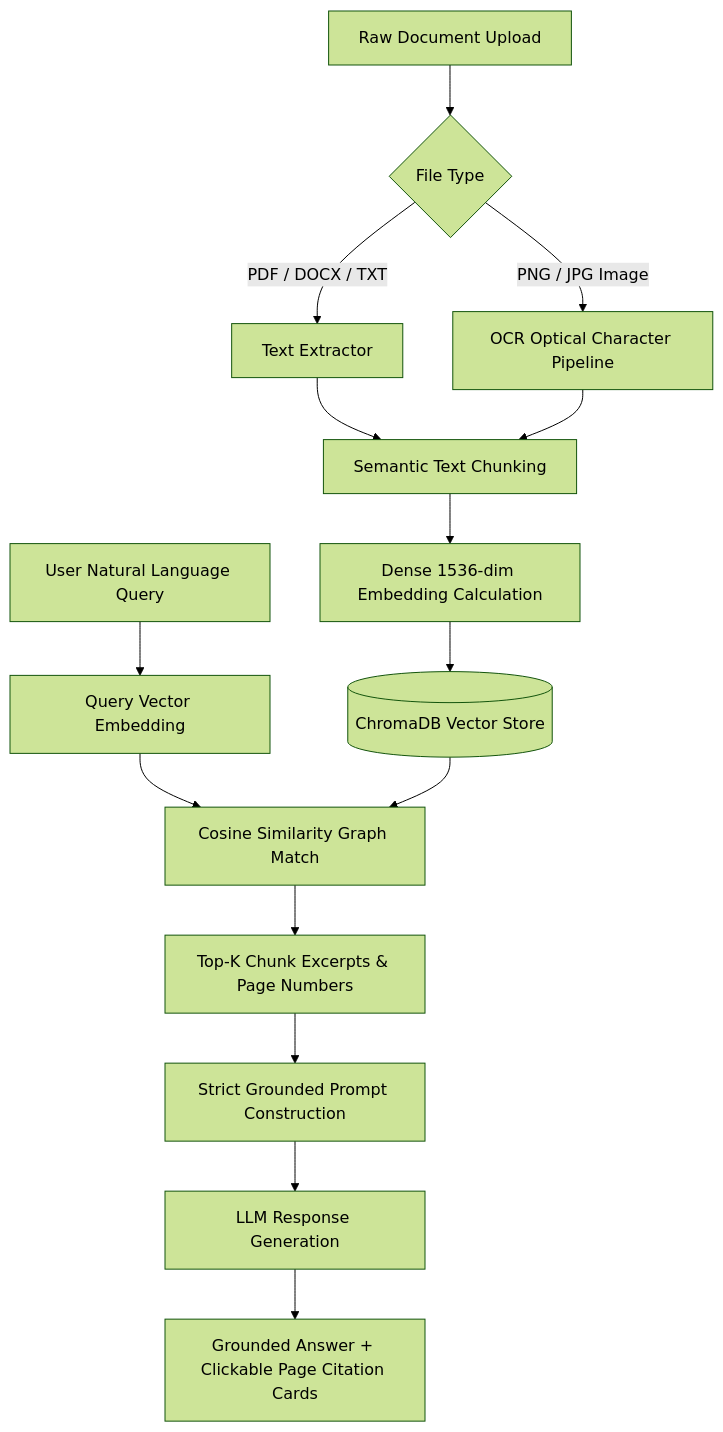
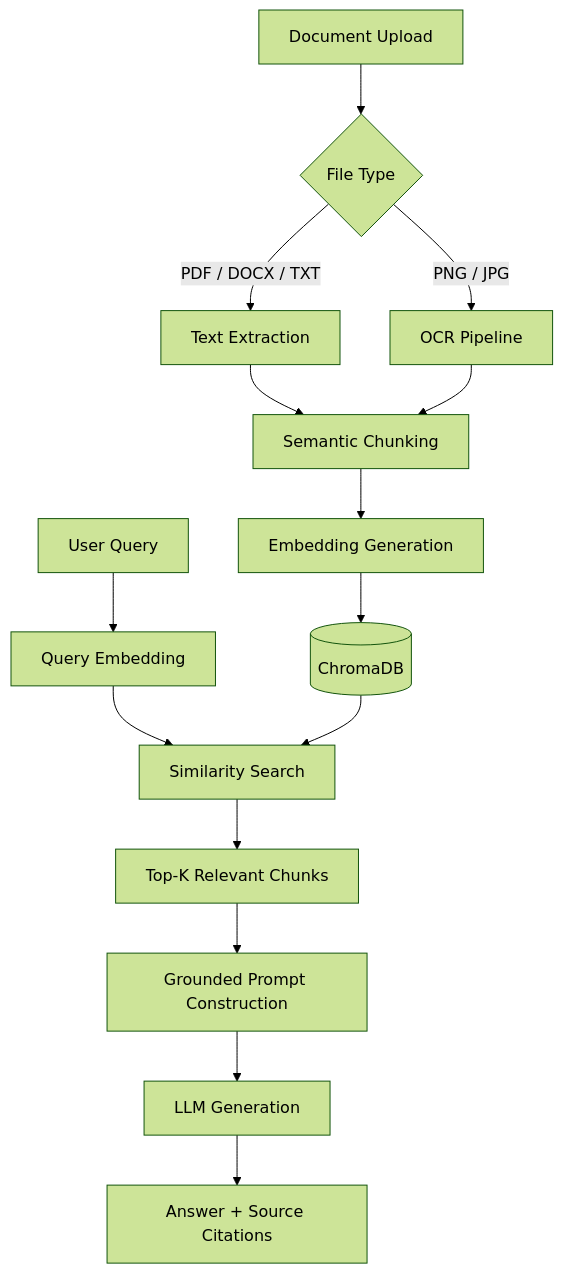
One commit to JaswanthG-10/iris-ai-document-reade changed the second of 3 diagrams in README.md. Above: the diagram before and after it, drawn with Mermaid (forest theme). The commit also changed other lines of this file, not shown here.

````diff
--- a/README.md
+++ b/README.md
@@ -133,18 +170,22 @@
 ```mermaid
 graph TD
-    A[Raw Document Upload] --> B{File Type}
-    B -- PDF / DOCX / TXT --> C[Text Extractor]
-    B -- PNG / JPG Image --> D[OCR Optical Character Pipeline]
-    C --> E[Semantic Text Chunking]
+    A[Document Upload] --> B{File Type}
+
+    B -->|PDF / DOCX / TXT| C[Text Extraction]
+    B -->|PNG / JPG| D[OCR Pipeline]
+
+    C --> E[Semantic Chunking]
     D --> E
-    E --> F[Dense 1536-dim Embedding Calculation]
-    F --> G[(ChromaDB Vector Store)]
 
-    H[User Natural Language Query] --> I[Query Vector Embedding]
-    I --> J[Cosine Similarity Graph Match]
+    E --> F[Embedding Generation]
+    F --> G[(ChromaDB)]
+
+    H[User Query] --> I[Query Embedding]
+    I --> J[Similarity Search]
     G --> J
-    J --> K[Top-K Chunk Excerpts & Page Numbers]
-    K --> L[Strict Grounded Prompt Construction]
-    L --> M[LLM Response Generation]
-    M --> N[Grounded Answer + Clickable Page Citation Cards]
+
+    J --> K[Top-K Relevant Chunks]
+    K --> L[Grounded Prompt Construction]
+    L --> M[LLM Generation]
+    M --> N[Answer + Source Citations]
 ```
````
